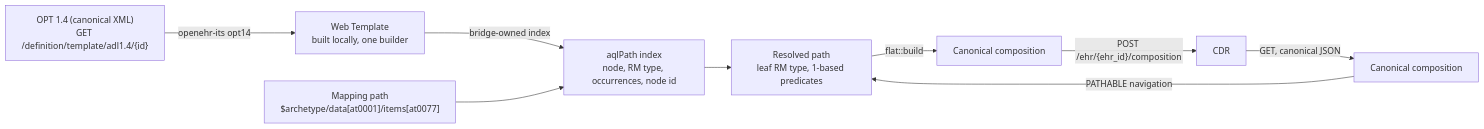
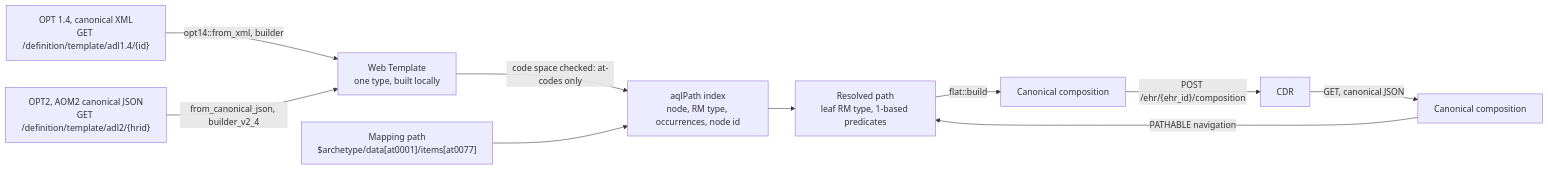
One commit to rubentalstra/FerroBRIDGE changed the third of 10 diagrams in docs/architecture.md. Above: the diagram before and after it, drawn with Mermaid. The commit also changed other lines of this file and 6 other files, not shown here.

````diff
--- a/docs/architecture.md
+++ b/docs/architecture.md
@@ -219,11 +221,12 @@
 ```mermaid
 flowchart LR
-    OPT["OPT 1.4 (canonical XML)<br/>GET /definition/template/adl1.4/{id}"] -->|"openehr-its opt14"| WT["Web Template<br/>built locally, one builder"]
-    WT -->|"bridge-owned index"| IDX["aqlPath index<br/>node, RM type, occurrences, node id"]
+    OPT["OPT 1.4, canonical XML<br/>GET /definition/template/adl1.4/{id}"] -->|"opt14::from_xml, builder"| WT["Web Template<br/>one type, built locally"]
+    OPT2["OPT2, AOM2 canonical JSON<br/>GET /definition/template/adl2/{hrid}"] -->|"from_canonical_json, builder_v2_4"| WT
+    WT -->|"code space checked: at-codes only"| IDX["aqlPath index<br/>node, RM type, occurrences, node id"]
     MP["Mapping path<br/>$archetype/data[at0001]/items[at0077]"] --> IDX
     IDX --> RES["Resolved path<br/>leaf RM type, 1-based predicates"]
     RES -->|"flat::build"| CMP["Canonical composition"]
     CMP -->|"POST /ehr/{ehr_id}/composition"| CDR["CDR"]
     CDR -->|"GET, canonical JSON"| CMP2["Canonical composition"]
     CMP2 -->|"PATHABLE navigation"| RES
 ```
````
